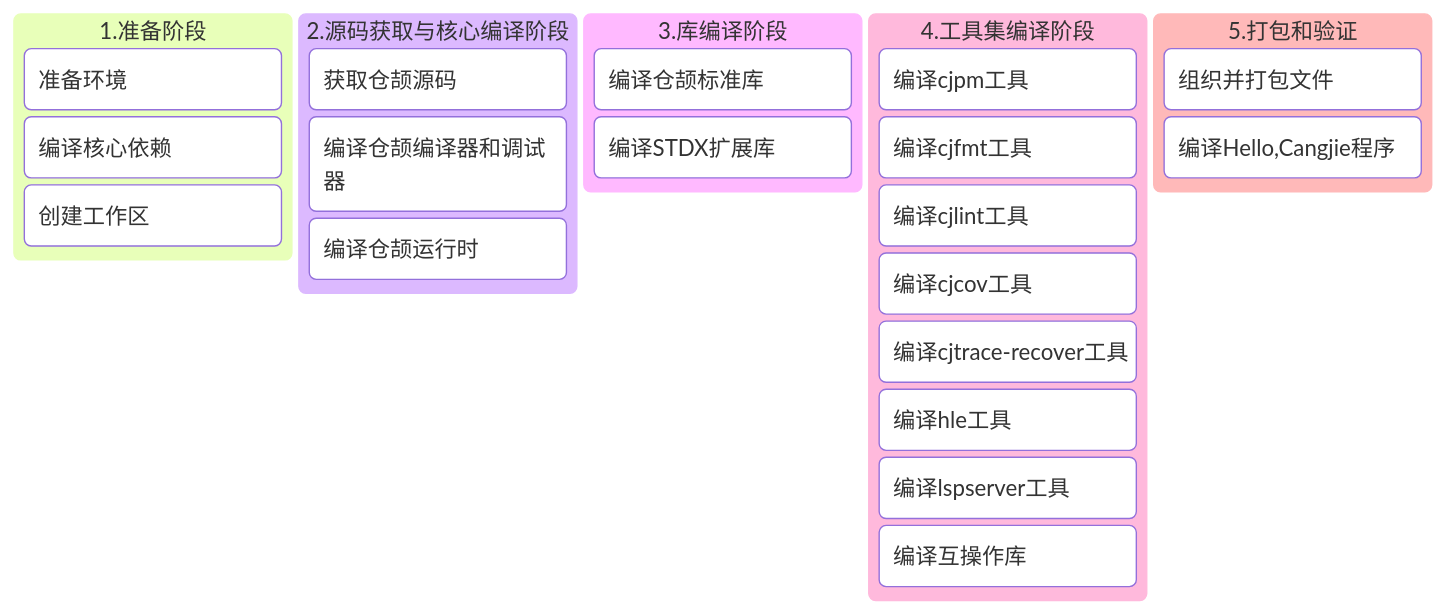
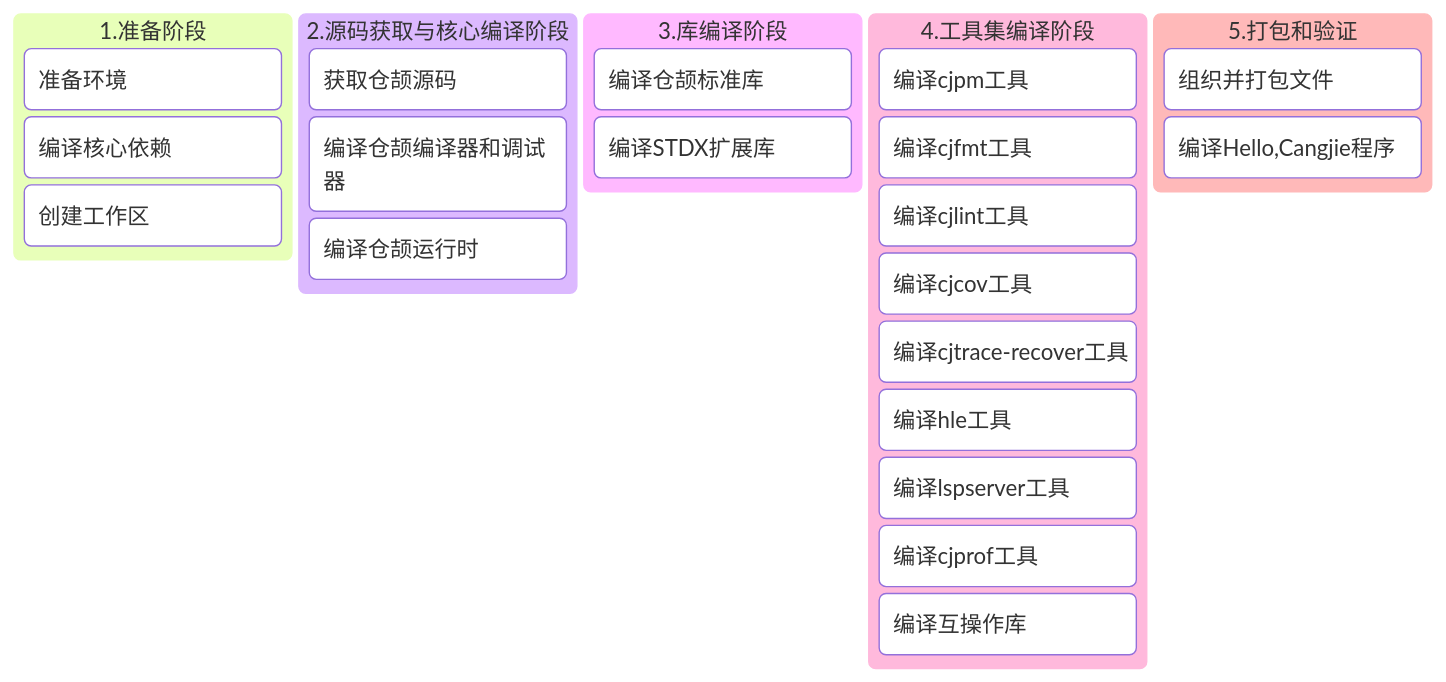
The diagram in docs/linux_android.md (causerp/cangjie_build), drawn with Mermaid before and after one commit. The commit also changed other lines of this file and 21 other files, not shown here.

````diff
--- a/docs/linux_android.md
+++ b/docs/linux_android.md
@@ -9,26 +9,27 @@
 ```mermaid
 kanban
   1.准备阶段
     A[准备环境]
     B[编译核心依赖]
     C[创建工作区]
   2.源码获取与核心编译阶段
     D[获取仓颉源码]
     E[编译仓颉编译器和调试器]
     F[编译仓颉运行时]
   3.库编译阶段
     G[编译仓颉标准库]
     H[编译STDX扩展库]
   4.工具集编译阶段
     I[编译cjpm工具]
     J[编译cjfmt工具]
     K[编译cjlint工具]
     L[编译cjcov工具]
     M[编译cjtrace-recover工具]
     N[编译hle工具]
     O[编译lspserver工具]
-    P[编译互操作库]
+    P[编译cjprof工具]
+    Q[编译互操作库]
   5.打包和验证
-    P[组织并打包文件]
-    Q[编译Hello,Cangjie程序]
+    R[组织并打包文件]
+    S[编译Hello,Cangjie程序]
 ```
````
